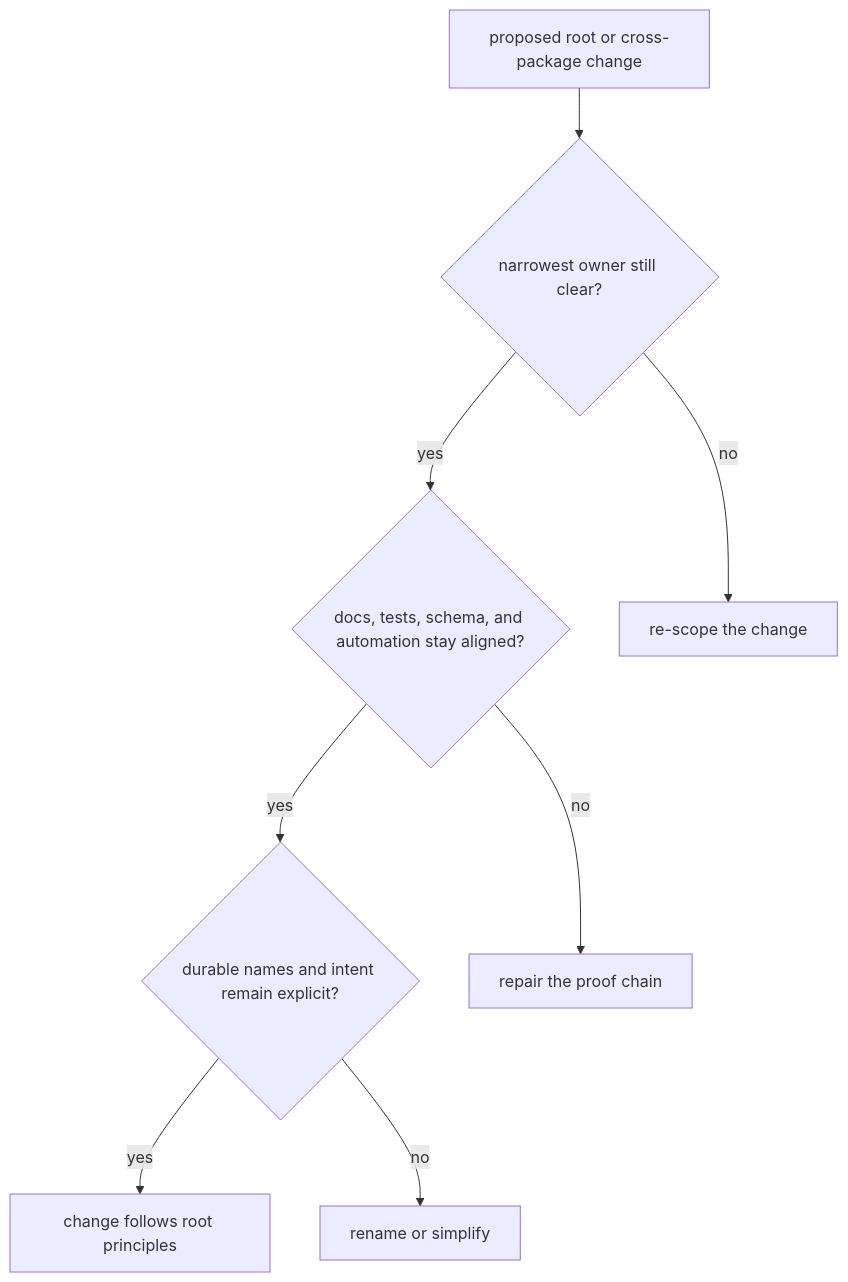
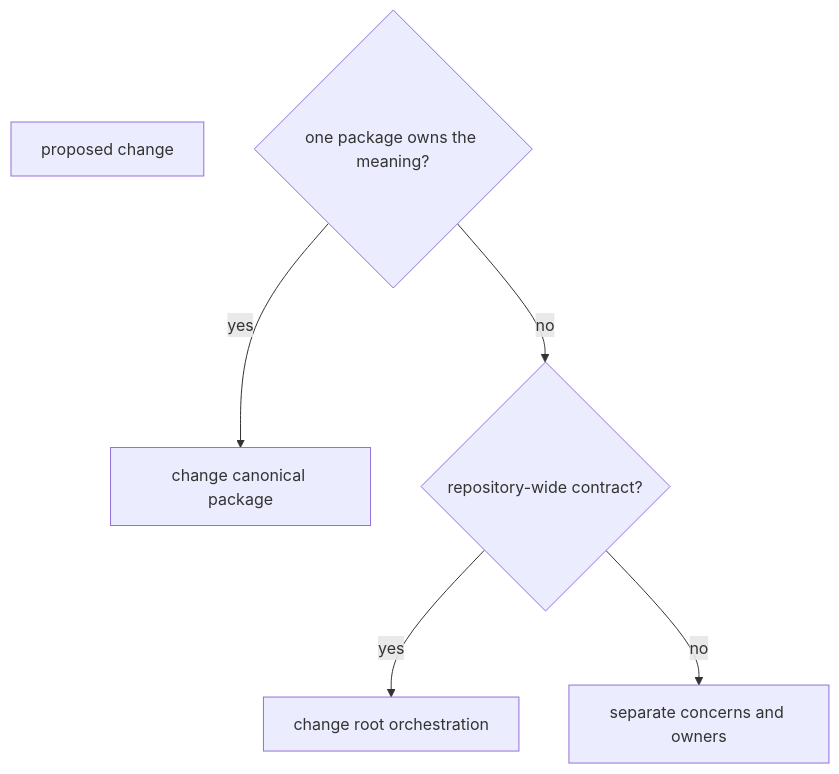
One commit to bijux/bijux-proteomics changed the diagram in docs/01-bijux-proteomics/foundation/change-principles.md. Above: the diagram before and after it, drawn with Mermaid. The commit also changed other lines of this file and 2 other files, not shown here.

Commit message:
docs(repository): define public ownership navigation

````diff
--- a/docs/01-bijux-proteomics/foundation/change-principles.md
+++ b/docs/01-bijux-proteomics/foundation/change-principles.md
@@ -18,16 +28,13 @@
 ```mermaid
-flowchart TB
-    change["proposed root or cross-package change"]
-    owner{"narrowest owner still clear?"}
-    proof{"docs, tests, schema, and automation stay aligned?"}
-    naming{"durable names and intent remain explicit?"}
-    accept["change follows root principles"]
-
-    change --> owner
-    owner -->|yes| proof
-    owner -->|no| reject1["re-scope the change"]
-    proof -->|yes| naming
-    proof -->|no| reject2["repair the proof chain"]
-    naming -->|yes| accept
-    naming -->|no| reject3["rename or simplify"]
+flowchart TD
+    change["proposed change"]
+    owner{"one package owns the meaning?"}
+    local["change canonical package"]
+    shared{"repository-wide contract?"}
+    root["change root orchestration"]
+    split["separate concerns and owners"]
+    owner -->|yes| local
+    owner -->|no| shared
+    shared -->|yes| root
+    shared -->|no| split
 ```
````
